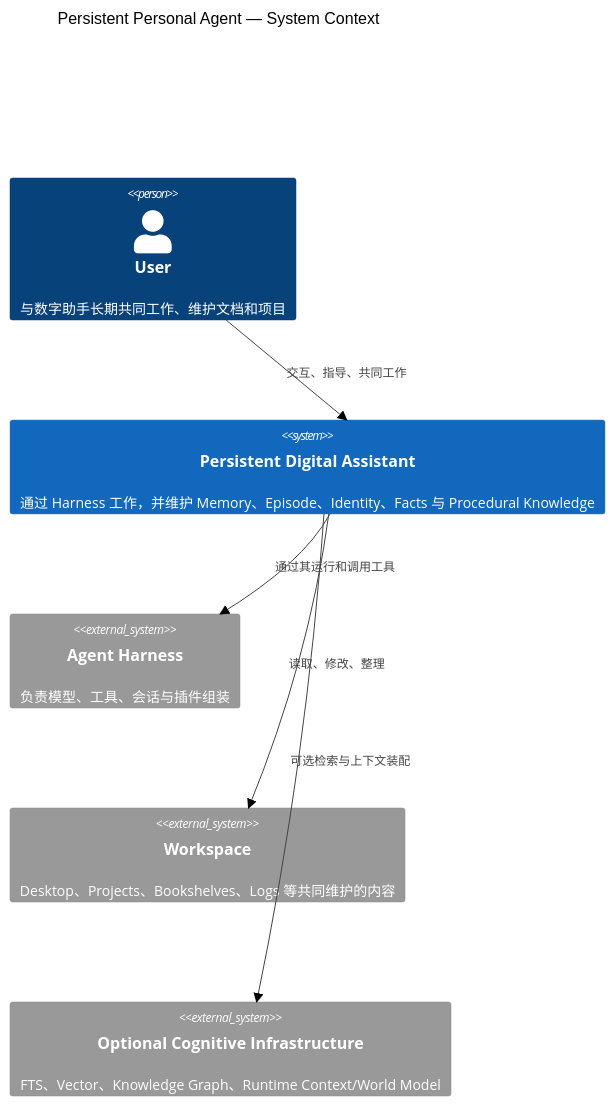
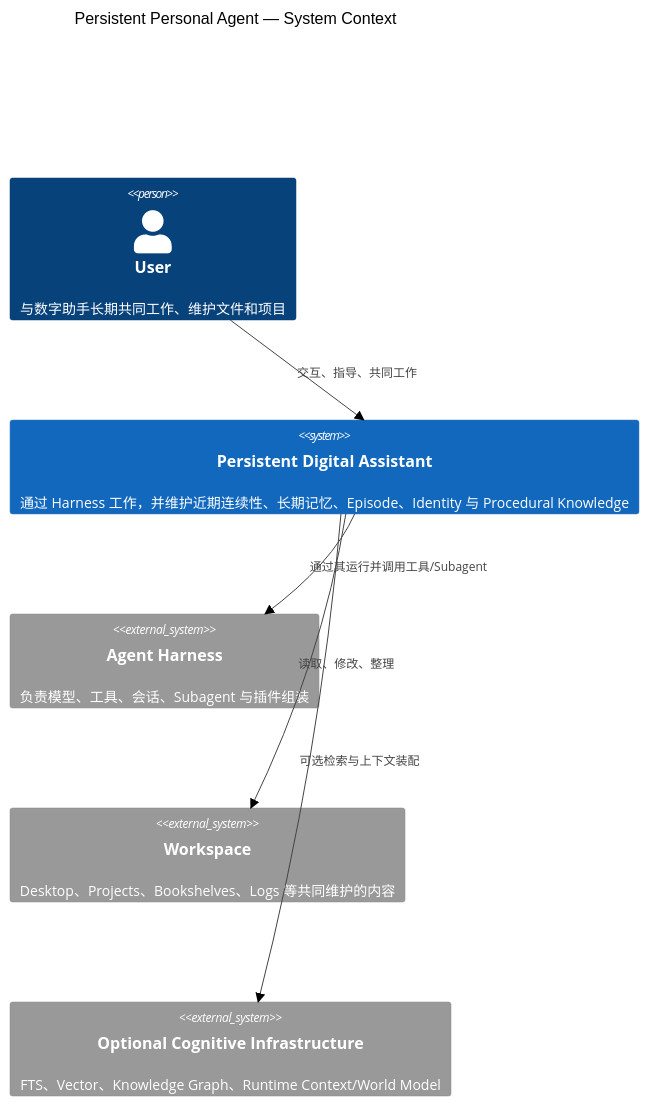
One commit to Ri0n72Y/agent-identity-cycle changed the first of 3 diagrams in docs/c4.md. Above: the diagram before and after it, drawn with Mermaid (forest theme). The commit also changed other lines of this file and 16 other files, not shown here.

````diff
--- a/docs/c4.md
+++ b/docs/c4.md
@@ -7,15 +7,15 @@
 ```mermaid
 C4Context
     title Persistent Personal Agent — System Context
 
-    Person(user, "User", "与数字助手长期共同工作、维护文档和项目")
-    System(agent, "Persistent Digital Assistant", "通过 Harness 工作，并维护 Memory、Episode、Identity、Facts 与 Procedural Knowledge")
-    System_Ext(harness, "Agent Harness", "负责模型、工具、会话与插件组装")
+    Person(user, "User", "与数字助手长期共同工作、维护文件和项目")
+    System(agent, "Persistent Digital Assistant", "通过 Harness 工作，并维护近期连续性、长期记忆、Episode、Identity 与 Procedural Knowledge")
+    System_Ext(harness, "Agent Harness", "负责模型、工具、会话、Subagent 与插件组装")
     System_Ext(workspace, "Workspace", "Desktop、Projects、Bookshelves、Logs 等共同维护的内容")
     System_Ext(cognitive, "Optional Cognitive Infrastructure", "FTS、Vector、Knowledge Graph、Runtime Context/World Model")
 
     Rel(user, agent, "交互、指导、共同工作")
     Rel(agent, workspace, "读取、修改、整理")
-    Rel(agent, harness, "通过其运行和调用工具")
+    Rel(agent, harness, "通过其运行并调用工具/Subagent")
     Rel(agent, cognitive, "可选检索与上下文装配")
 ```
````
